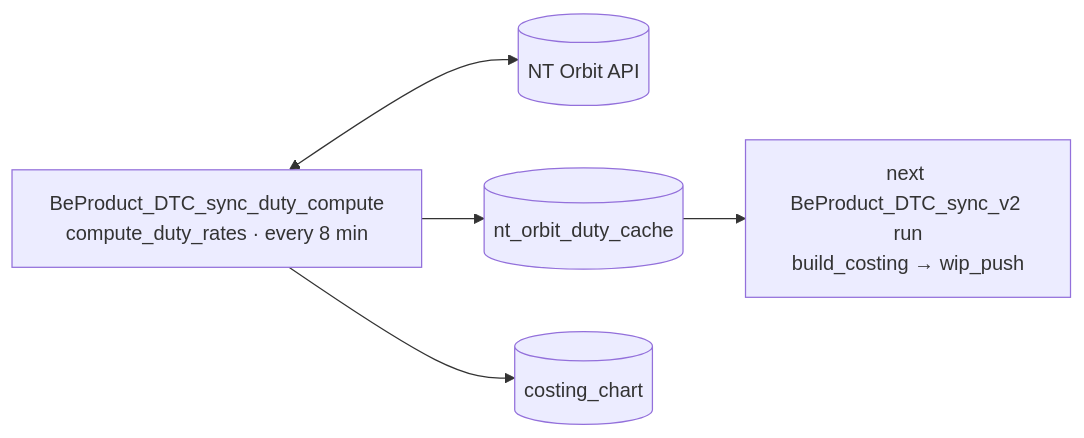
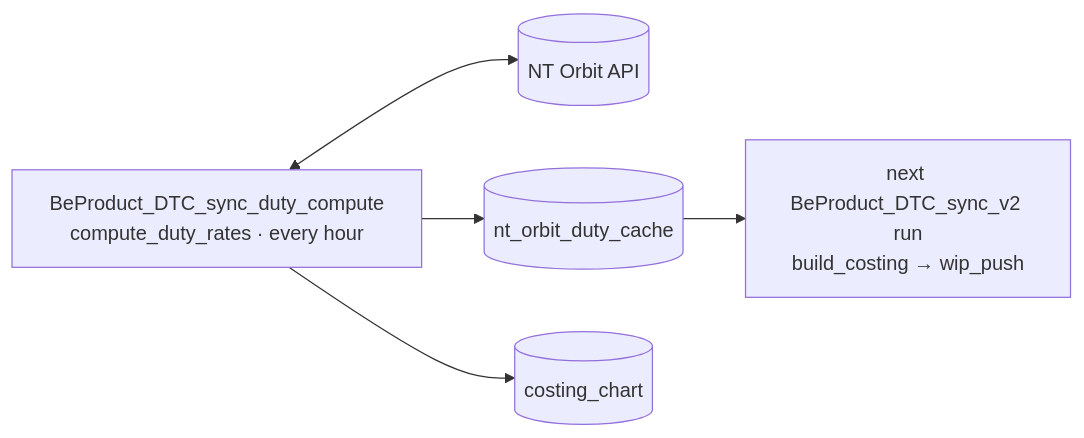
One commit to aukei/beproduct-databricks-sync changed the second of 3 diagrams in docs/PIPELINE.md. Above: the diagram before and after it, drawn with Mermaid. The commit also changed other lines of this file and 9 other files, not shown here.

````diff
--- a/docs/PIPELINE.md
+++ b/docs/PIPELINE.md
@@ -144,11 +144,11 @@
 ```mermaid
 flowchart LR
-    duty["BeProduct_DTC_sync_duty_compute<br/>compute_duty_rates · every 8 min"]
+    duty["BeProduct_DTC_sync_duty_compute<br/>compute_duty_rates · every hour"]
     orbit[(NT Orbit API)]
     cache[(nt_orbit_duty_cache)]
     chart[(costing_chart)]
     main["next BeProduct_DTC_sync_v2 run<br/>build_costing → wip_push"]
     duty <--> orbit
     duty --> cache & chart
     cache --> main
 ```
````
